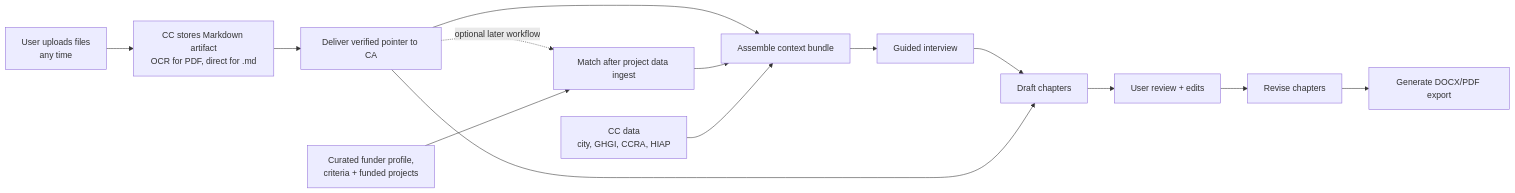
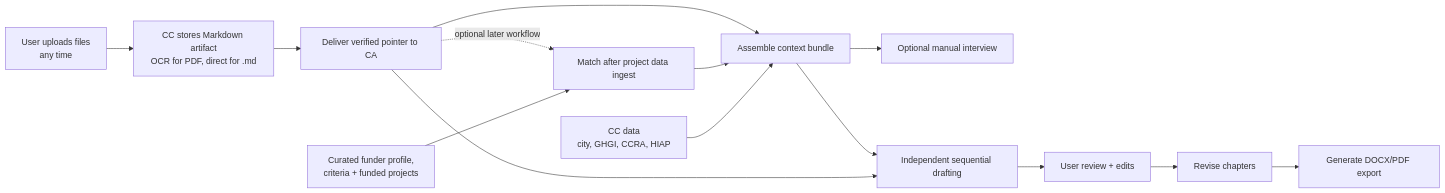
Before and after one commit to Open-Earth-Foundation/CityCatalyst: the second of 14 diagrams in docs/ConceptNoteBuilderArchitecture.md, drawn with Mermaid. The commit also changed other lines of this file and 30 other files, not shown here.

````diff
--- a/docs/ConceptNoteBuilderArchitecture.md
+++ b/docs/ConceptNoteBuilderArchitecture.md
@@ -184,20 +190,20 @@
 ```mermaid
 flowchart LR
     Context["Assemble context bundle"]
-    Context --> Interview["Guided interview"]
-    Interview --> Draft["Draft chapters"]
+    Context --> Interview["Optional manual interview"]
+    Context --> Draft["Independent sequential drafting"]
     Draft --> Review["User review + edits"]
     Review --> Revise["Revise chapters"]
     Revise --> Export["Generate DOCX/PDF export"]
 
     Upload["User uploads files<br/>any time"] --> Convert["CC stores Markdown artifact<br/>OCR for PDF, direct for .md"]
     Convert --> Ingest["Deliver verified pointer to CA"]
     Ingest --> Context
     Ingest --> Draft
 
     Ingest -. optional later workflow .-> Match["Match after project data ingest"]
     Research["Curated funder profile,<br/>criteria + funded projects"] --> Match
     Match --> Context
 
     CCData["CC data<br/>city, GHGI, CCRA, HIAP"] --> Context
 ```
````
